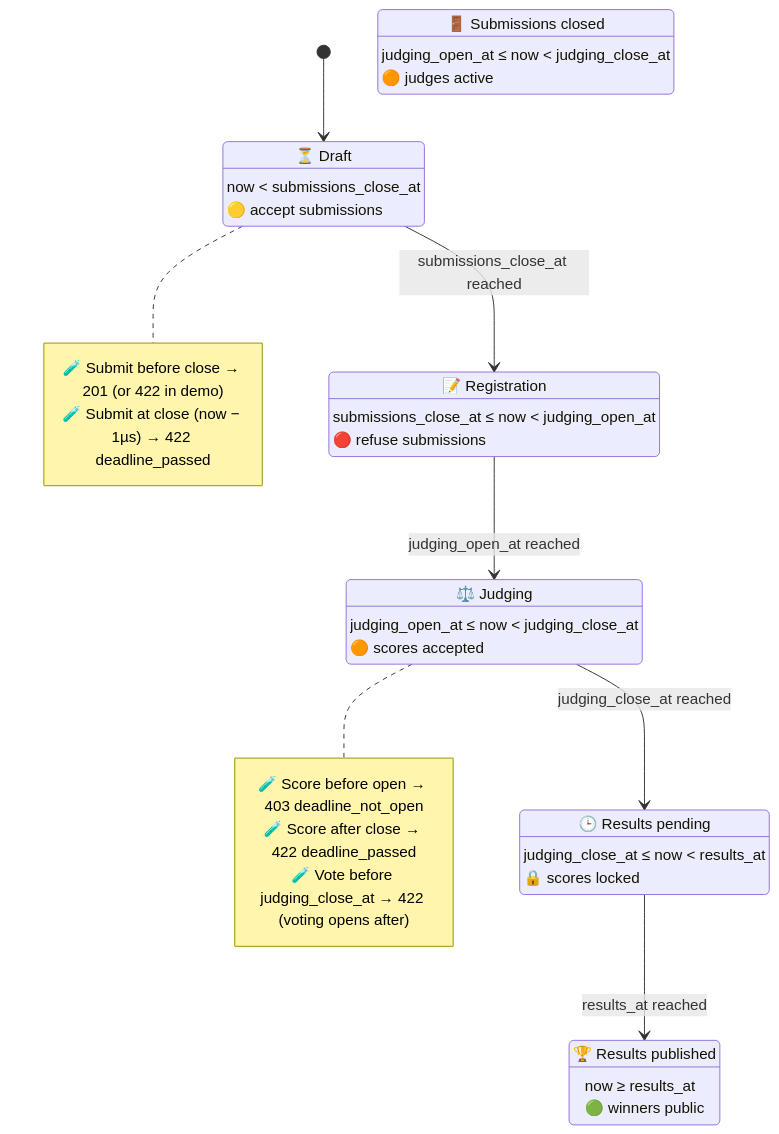
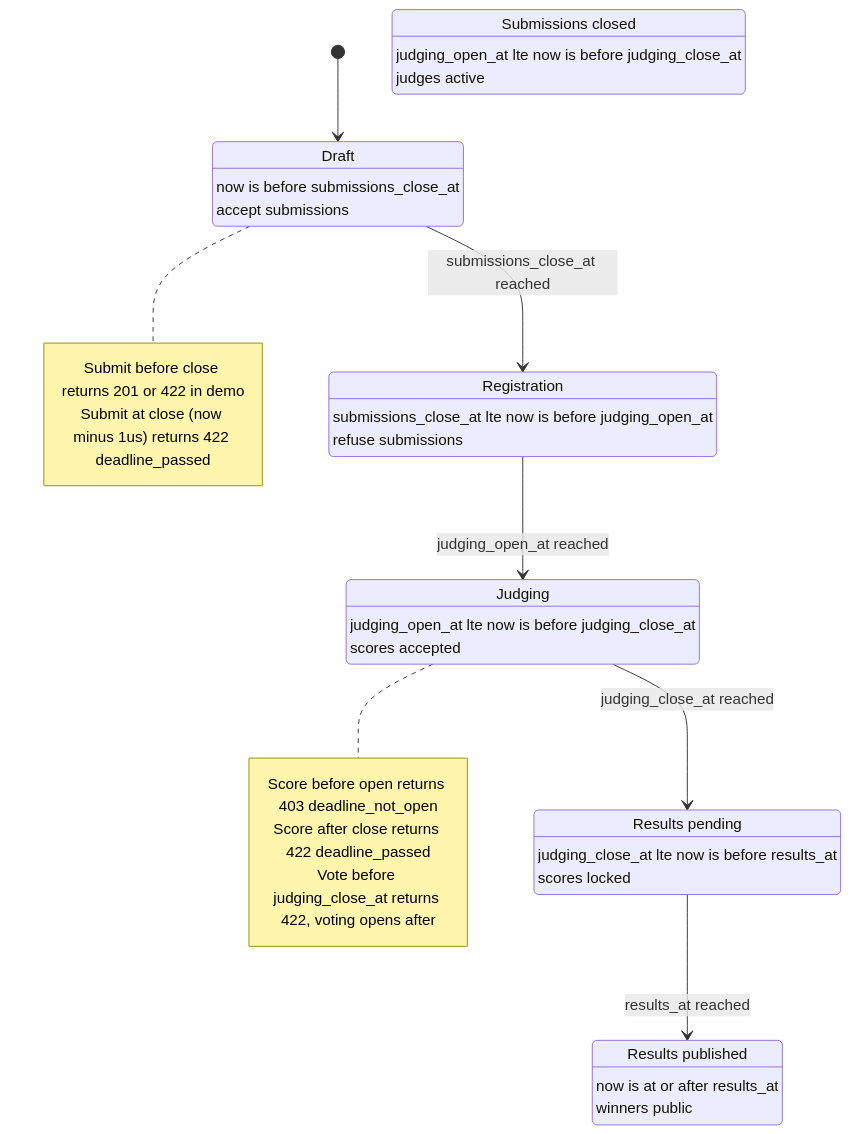
Before and after one commit to choksi2212/dogfood-hackathon: the diagram in docs/TESTING-DEADLINES.md, drawn with Mermaid. The commit also changed 20 other files, not shown here.

First line of the commit message:
Fix mermaid parse errors across 21 docs

````diff
--- a/docs/TESTING-DEADLINES.md
+++ b/docs/TESTING-DEADLINES.md
@@ -13,45 +13,45 @@
 ```mermaid
 stateDiagram-v2
     direction TB
     [*] --> Draft
 
-    Draft: ⏳ Draft
-    Draft: now < submissions_close_at
-    Draft: 🟡 accept submissions
+    Draft: Draft
+    Draft: now is before submissions_close_at
+    Draft: accept submissions
 
-    Registration: 📝 Registration
-    Registration: submissions_close_at ≤ now < judging_open_at
-    Registration: 🔴 refuse submissions
+    Registration: Registration
+    Registration: submissions_close_at lte now is before judging_open_at
+    Registration: refuse submissions
 
-    SubmissionsClosed: 🚪 Submissions closed
-    SubmissionsClosed: judging_open_at ≤ now < judging_close_at
-    SubmissionsClosed: 🟠 judges active
+    SubmissionsClosed: Submissions closed
+    SubmissionsClosed: judging_open_at lte now is before judging_close_at
+    SubmissionsClosed: judges active
 
-    Judging: ⚖️ Judging
-    Judging: judging_open_at ≤ now < judging_close_at
-    Judging: 🟠 scores accepted
+    Judging: Judging
+    Judging: judging_open_at lte now is before judging_close_at
+    Judging: scores accepted
 
-    ResultsPending: 🕒 Results pending
-    ResultsPending: judging_close_at ≤ now < results_at
-    ResultsPending: 🔒 scores locked
+    ResultsPending: Results pending
+    ResultsPending: judging_close_at lte now is before results_at
+    ResultsPending: scores locked
 
-    ResultsPublished: 🏆 Results published
-    ResultsPublished: now ≥ results_at
-    ResultsPublished: 🟢 winners public
+    ResultsPublished: Results published
+    ResultsPublished: now is at or after results_at
+    ResultsPublished: winners public
 
     Draft --> Registration: submissions_close_at reached
     Registration --> Judging: judging_open_at reached
     Judging --> ResultsPending: judging_close_at reached
     ResultsPending --> ResultsPublished: results_at reached
 
     note right of Draft
-        🧪 Submit before close → 201 (or 422 in demo)
-        🧪 Submit at close (now − 1µs) → 422 deadline_passed
+        Submit before close returns 201 or 422 in demo
+        Submit at close (now minus 1us) returns 422 deadline_passed
     end note
 
     note right of Judging
-        🧪 Score before open → 403 deadline_not_open
-        🧪 Score after close → 422 deadline_passed
-        🧪 Vote before judging_close_at → 422 (voting opens after)
+        Score before open returns 403 deadline_not_open
+        Score after close returns 422 deadline_passed
+        Vote before judging_close_at returns 422, voting opens after
     end note
 ```
````
